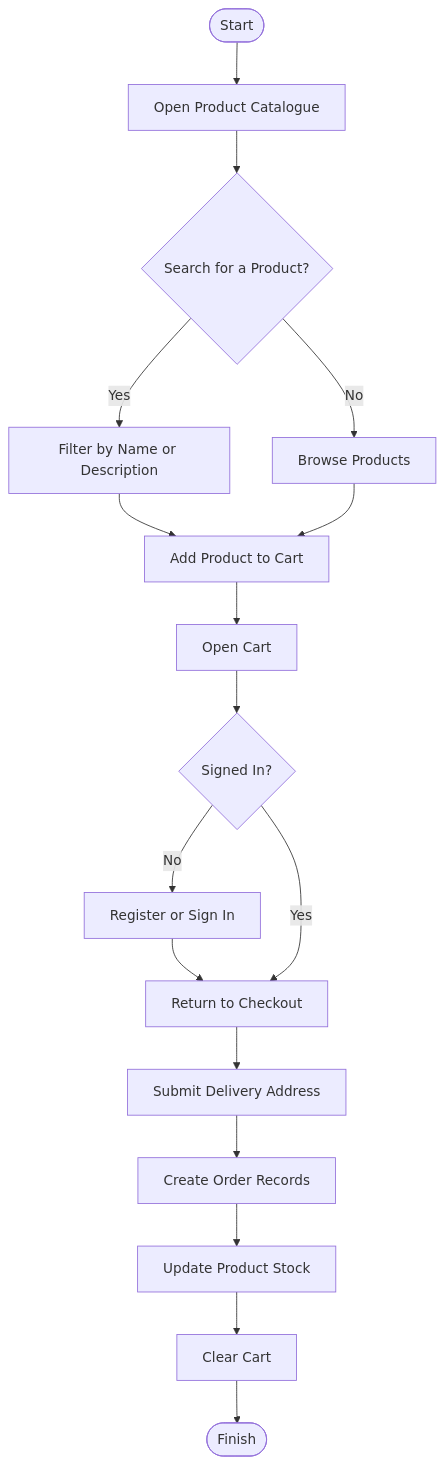
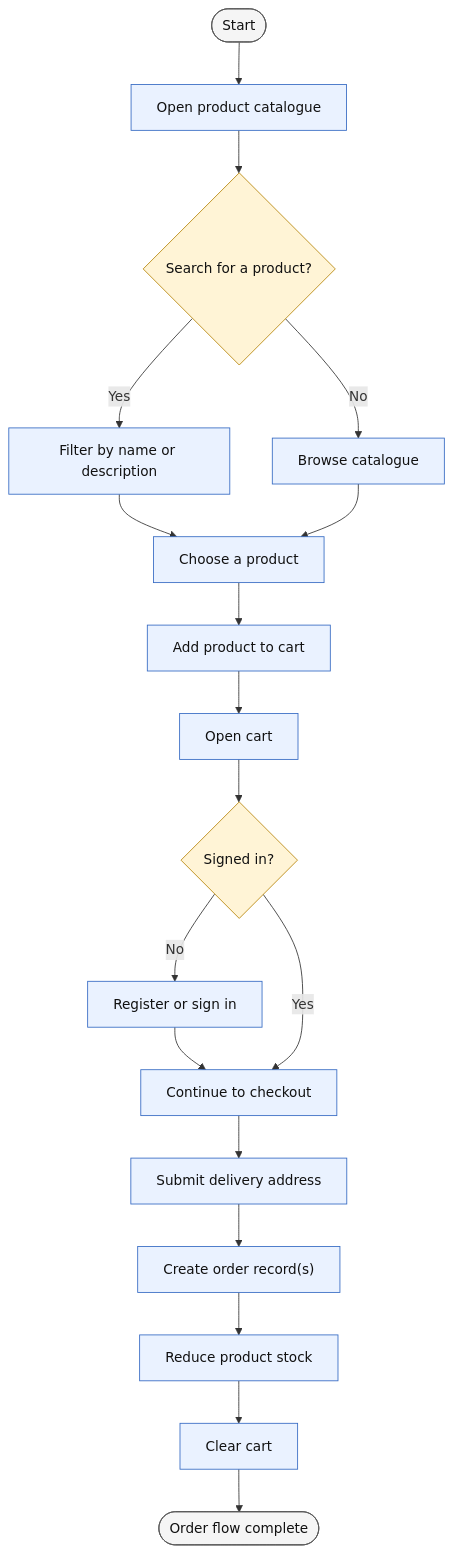
The second of 4 diagrams in README.md (jahnavichopparapu77-bot/Online-Product-Catalogue-Order-System), drawn with Mermaid before and after one commit. The commit also changed other lines of this file, not shown here.

````diff
--- a/README.md
+++ b/README.md
@@ -126,19 +132,27 @@
-``` mermaid
+```mermaid
 flowchart TD
-    A([Start]) --> B[Open Product Catalogue]
-    B --> C{Search for a Product?}
-    C -- Yes --> D[Filter by Name or Description]
-    C -- No --> E[Browse Products]
-    D --> F[Add Product to Cart]
+    A(["Start"]) --> B["Open product catalogue"]
+    B --> C{"Search for a product?"}
+    C -->|Yes| D["Filter by name or description"]
+    C -->|No| E["Browse catalogue"]
+    D --> F["Choose a product"]
     E --> F
-    F --> G[Open Cart]
-    G --> H{Signed In?}
-    H -- No --> I[Register or Sign In]
-    I --> J[Return to Checkout]
-    H -- Yes --> J
-    J --> K[Submit Delivery Address]
-    K --> L[Create Order Records]
-    L --> M[Update Product Stock]
-    M --> N[Clear Cart]
-    N --> O([Finish])
+    F --> G["Add product to cart"]
+    G --> H["Open cart"]
+    H --> I{"Signed in?"}
+    I -->|No| J["Register or sign in"]
+    J --> K["Continue to checkout"]
+    I -->|Yes| K
+    K --> L["Submit delivery address"]
+    L --> M["Create order record(s)"]
+    M --> N["Reduce product stock"]
+    N --> O["Clear cart"]
+    O --> P(["Order flow complete"])
+
+    classDef startend fill:#f5f5f5,stroke:#555,color:#111
+    classDef action fill:#eaf2ff,stroke:#356ac3,color:#111
+    classDef decision fill:#fff4d6,stroke:#b8860b,color:#111
+    class A,P startend
+    class B,D,E,F,G,H,J,K,L,M,N,O action
+    class C,I decision
 ```
````
